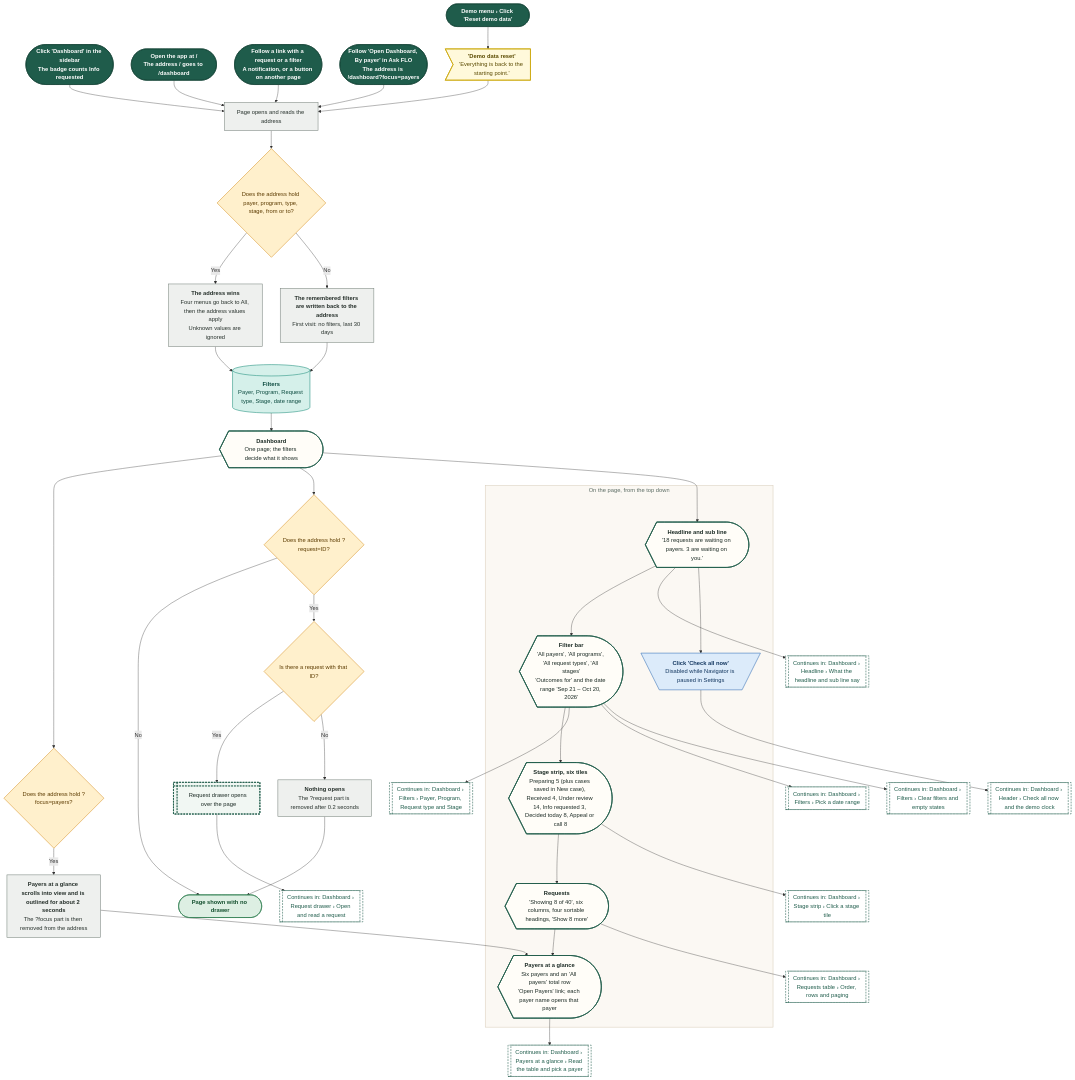
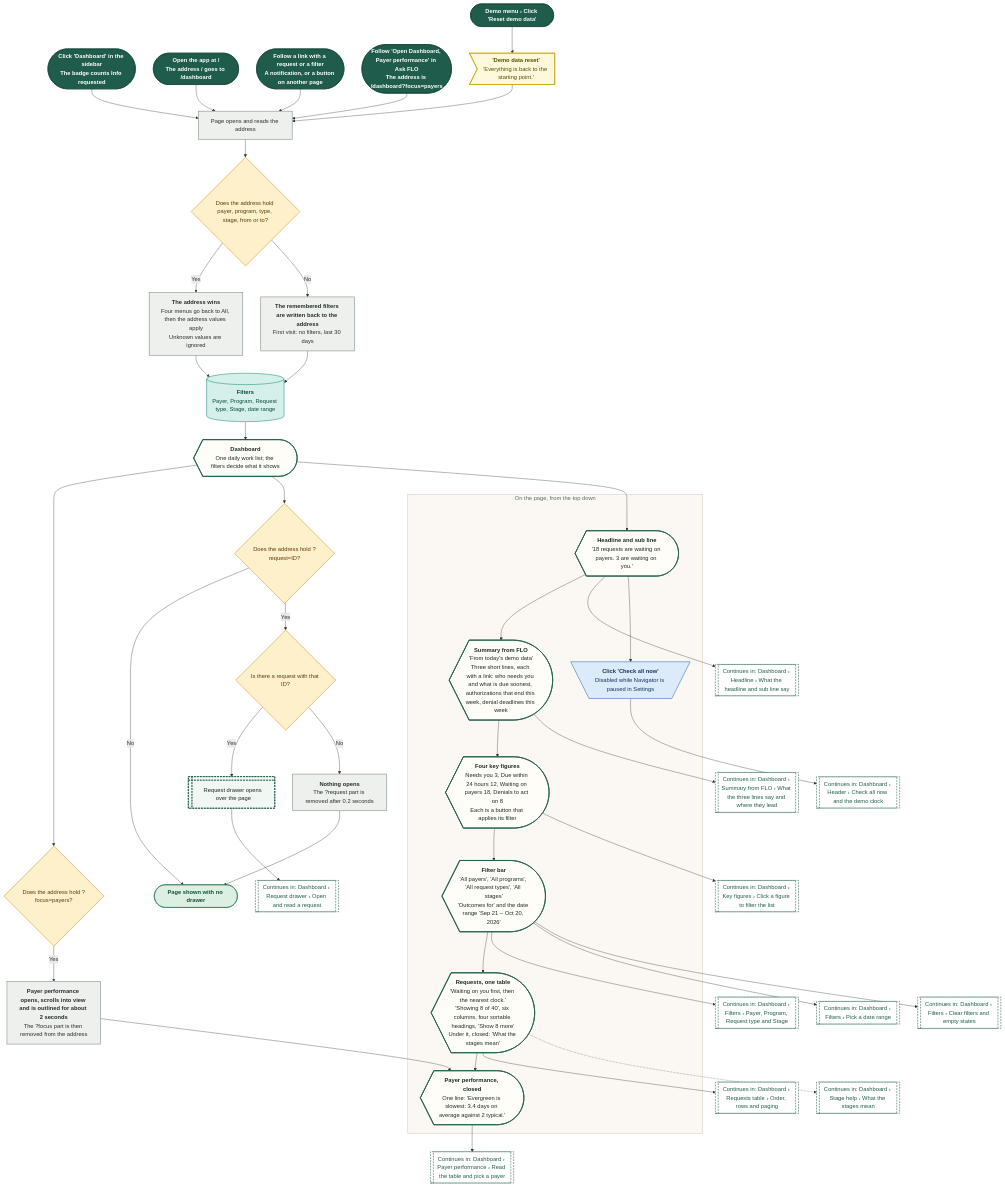
The first of 21 diagrams in demos/prior-auth-demo/workflows/out/md/02-dashboard.md (Shrav143/psyfloapp), drawn with Mermaid before and after one commit. The commit also changed other lines of this file and 192 other files, not shown here.

First line of the commit message:
docs: changelog by sidebar tab; README, diagrams and Settings layout aligned with the refinement; shared InfoTip; referral cost-share line

````diff
--- a/demos/prior-auth-demo/workflows/out/md/02-dashboard.md
+++ b/demos/prior-auth-demo/workflows/out/md/02-dashboard.md
@@ -33,16 +33,16 @@
   s2@{ shape: stadium, label: "<b>Open the app at /</b><br/>The address / goes to /dashboard" }
   s3@{ shape: stadium, label: "<b>Follow a link with a request or a filter</b><br/>A notification, or a button on another page" }
   s4@{ shape: stadium, label: "Demo menu › Click 'Reset demo data'" }
-  s5@{ shape: stadium, label: "<b>Follow 'Open Dashboard, By payer' in Ask FLO</b><br/>The address is /dashboard?focus=payers" }
+  s5@{ shape: stadium, label: "<b>Follow 'Open Dashboard, Payer performance' in Ask FLO</b><br/>The address is /dashboard?focus=payers" }
   d4@{ shape: diam, label: "Does the address hold ?focus=payers?" }
-  pf@{ shape: rect, label: "<b>Payers at a glance scrolls into view and is outlined for about 2 seconds</b><br/>The ?focus part is then removed from the address" }
+  pf@{ shape: rect, label: "<b>Payer performance opens, scrolls into view and is outlined for about 2 seconds</b><br/>The ?focus part is then removed from the address" }
   t1@{ shape: odd, label: "<b>'Demo data reset'</b><br/>'Everything is back to the starting point.'" }
   p1@{ shape: rect, label: "Page opens and reads the address" }
   d1@{ shape: diam, label: "Does the address hold payer, program, type, stage, from or to?" }
   p2@{ shape: rect, label: "<b>The address wins</b><br/>Four menus go back to All, then the address values apply<br/>Unknown values are ignored" }
   p3@{ shape: rect, label: "<b>The remembered filters are written back to the address</b><br/>First visit: no filters, last 30 days" }
   w1@{ shape: cyl, label: "<b>Filters</b><br/>Payer, Program, Request type, Stage, date range" }
-  sc@{ shape: curv-trap, label: "<b>Dashboard</b><br/>One page; the filters decide what it shows" }
+  sc@{ shape: curv-trap, label: "<b>Dashboard</b><br/>One daily work list; the filters decide what it shows" }
   d2@{ shape: diam, label: "Does the address hold ?request=ID?" }
   d3@{ shape: diam, label: "Is there a request with that ID?" }
   o1@{ shape: win-pane, label: "Request drawer opens over the page" }
@@ -51,18 +51,21 @@
   subgraph gPage ["On the page, from the top down"]
   h1@{ shape: curv-trap, label: "<b>Headline and sub line</b><br/>'18 requests are waiting on payers. 3 are waiting on you.'" }
   ca@{ shape: trap-t, label: "<b>Click 'Check all now'</b><br/>Disabled while Navigator is paused in Settings" }
+  fs@{ shape: curv-trap, label: "<b>Summary from FLO</b><br/>'From today's demo data'<br/>Three short lines, each with a link: who needs you and what is due soonest, authorizations that end this week, denial deadlines this week" }
+  kf@{ shape: curv-trap, label: "<b>Four key figures</b><br/>Needs you 3, Due within 24 hours 12, Waiting on payers 18, Denials to act on 8<br/>Each is a button that applies its filter" }
   f1@{ shape: curv-trap, label: "<b>Filter bar</b><br/>'All payers', 'All programs', 'All request types', 'All stages'<br/>'Outcomes for' and the date range 'Sep 21 – Oct 20, 2026'" }
-  st@{ shape: curv-trap, label: "<b>Stage strip, six tiles</b><br/>Preparing 5 (plus cases saved in New case), Received 4, Under review 14, Info requested 3, Decided today 8, Appeal or call 8" }
-  rq@{ shape: curv-trap, label: "<b>Requests</b><br/>'Showing 8 of 40', six columns, four sortable headings, 'Show 8 more'" }
-  py@{ shape: curv-trap, label: "<b>Payers at a glance</b><br/>Six payers and an 'All payers' total row<br/>'Open Payers' link; each payer name opens that payer" }
+  rq@{ shape: curv-trap, label: "<b>Requests, one table</b><br/>'Waiting on you first, then the nearest clock.'<br/>'Showing 8 of 40', six columns, four sortable headings, 'Show 8 more'<br/>Under it, closed: 'What the stages mean'" }
+  py@{ shape: curv-trap, label: "<b>Payer performance, closed</b><br/>One line: 'Evergreen is slowest: 3.4 days on average against 2 typical.'" }
   end
   g1@{ shape: subproc, label: "Continues in: Dashboard › Request drawer › Open and read a request" }
   g2@{ shape: subproc, label: "Continues in: Dashboard › Headline › What the headline and sub line say" }
   g3@{ shape: subproc, label: "Continues in: Dashboard › Header › Check all now and the demo clock" }
   g4@{ shape: subproc, label: "Continues in: Dashboard › Filters › Payer, Program, Request type and Stage" }
-  g5@{ shape: subproc, label: "Continues in: Dashboard › Stage strip › Click a stage tile" }
+  g5@{ shape: subproc, label: "Continues in: Dashboard › Key figures › Click a figure to filter the list" }
+  g10@{ shape: subproc, label: "Continues in: Dashboard › Summary from FLO › What the three lines say and where they lead" }
+  g11@{ shape: subproc, label: "Continues in: Dashboard › Stage help › What the stages mean" }
   g6@{ shape: subproc, label: "Continues in: Dashboard › Requests table › Order, rows and paging" }
-  g7@{ shape: subproc, label: "Continues in: Dashboard › Payers at a glance › Read the table and pick a payer" }
+  g7@{ shape: subproc, label: "Continues in: Dashboard › Payer performance › Read the table and pick a payer" }
   g8@{ shape: subproc, label: "Continues in: Dashboard › Filters › Pick a date range" }
   g9@{ shape: subproc, label: "Continues in: Dashboard › Filters › Clear filters and empty states" }
   s1 --> p1
@@ -81,24 +84,26 @@
   d2 -->|"Yes"| d3
   d3 -->|"Yes"| o1 --> g1
   d3 -->|"No"| p4 --> e1
-  sc --> h1 --> f1 --> st --> rq --> py
+  sc --> h1 --> fs --> kf --> f1 --> rq --> py
   h1 --> g2
   h1 --> ca --> g3
+  fs --> g10
   f1 --> g4
   f1 --> g8
   f1 --> g9
-  st --> g5
+  kf --> g5
   rq --> g6
+  rq -.-> g11
   py --> g7
   class s1,s2,s3,s4,s5 k_start
   class d4,d1,d2,d3 k_decision
   class pf,p1,p2,p3,p4 k_process
   class t1 k_toast
   class w1 k_store
-  class sc,h1,f1,st,rq,py k_screen
+  class sc,h1,fs,kf,f1,rq,py k_screen
   class o1 k_overlay
   class e1 k_end
   class ca k_click
-  class g1,g2,g3,g4,g5,g6,g7,g8,g9 k_goto
+  class g1,g2,g3,g4,g5,g10,g11,g6,g7,g8,g9 k_goto
   style gPage fill:#FBF8F3,stroke:#D9CDBB,stroke-width:1.5px,color:#5B6B63
 ```
````
